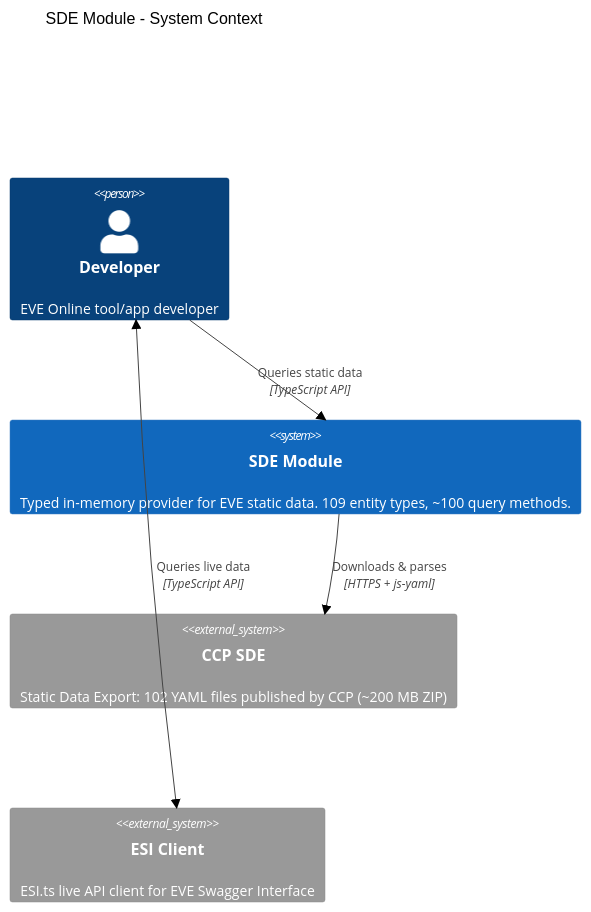
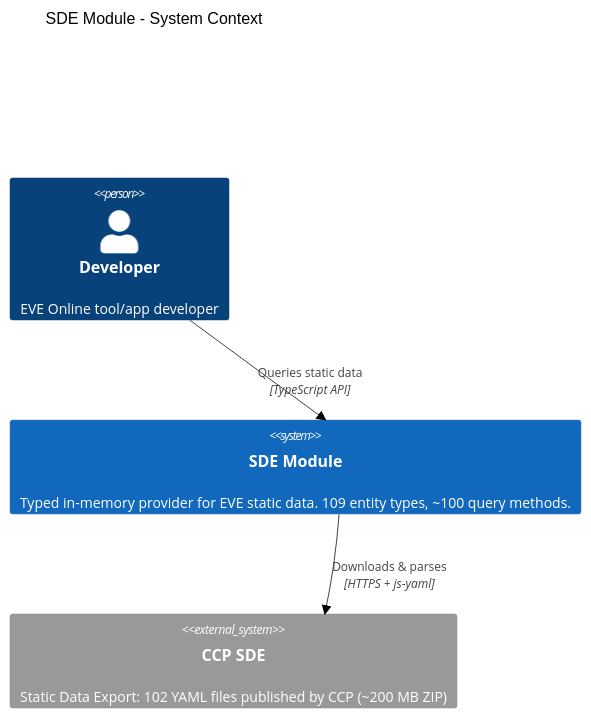
The first of 6 diagrams in src/sde/docs/ARCHITECTURE.md (lgriffin/ESI.ts), drawn with Mermaid (forest theme) before and after one commit. The commit also changed 3 other files, not shown here.

First line of the commit message:
refactor(sde): remove all live ESI references from SDE module

````diff
--- a/src/sde/docs/ARCHITECTURE.md
+++ b/src/sde/docs/ARCHITECTURE.md
@@ -7,17 +7,15 @@
 ```mermaid
 C4Context
     title SDE Module - System Context
 
     Person(dev, "Developer", "EVE Online tool/app developer")
 
     System(sde, "SDE Module", "Typed in-memory provider for EVE static data. 109 entity types, ~100 query methods.")
 
     System_Ext(ccp_sde, "CCP SDE", "Static Data Export: 102 YAML files published by CCP (~200 MB ZIP)")
-    System_Ext(esi_client, "ESI Client", "ESI.ts live API client for EVE Swagger Interface")
 
     Rel(dev, sde, "Queries static data", "TypeScript API")
     Rel(sde, ccp_sde, "Downloads & parses", "HTTPS + js-yaml")
-    BiRel(dev, esi_client, "Queries live data", "TypeScript API")
 
     UpdateLayoutConfig($c4ShapeInRow="3", $c4BoundaryInRow="1")
 ```
````
